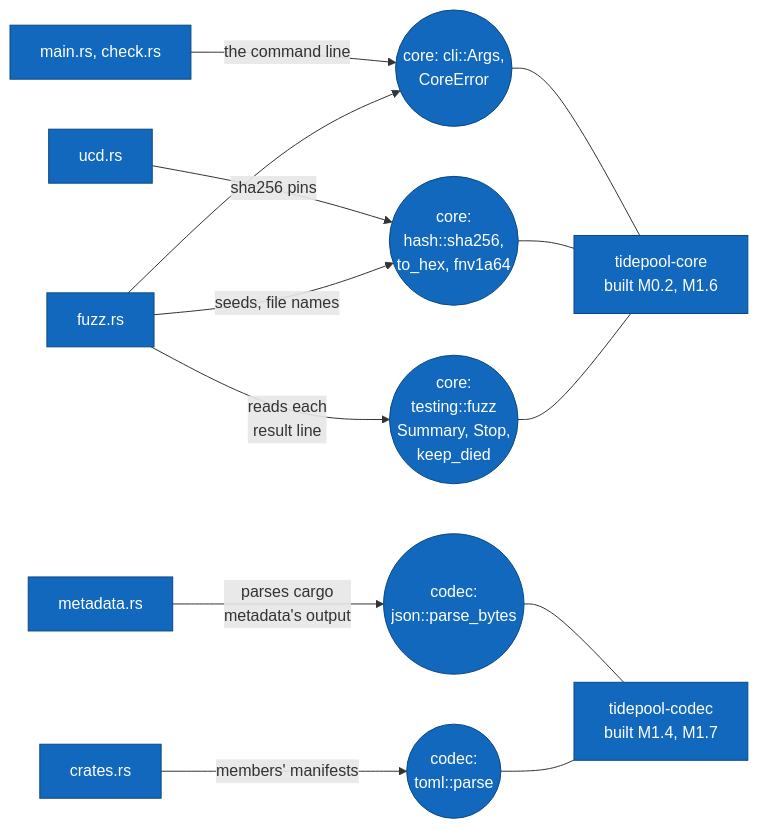
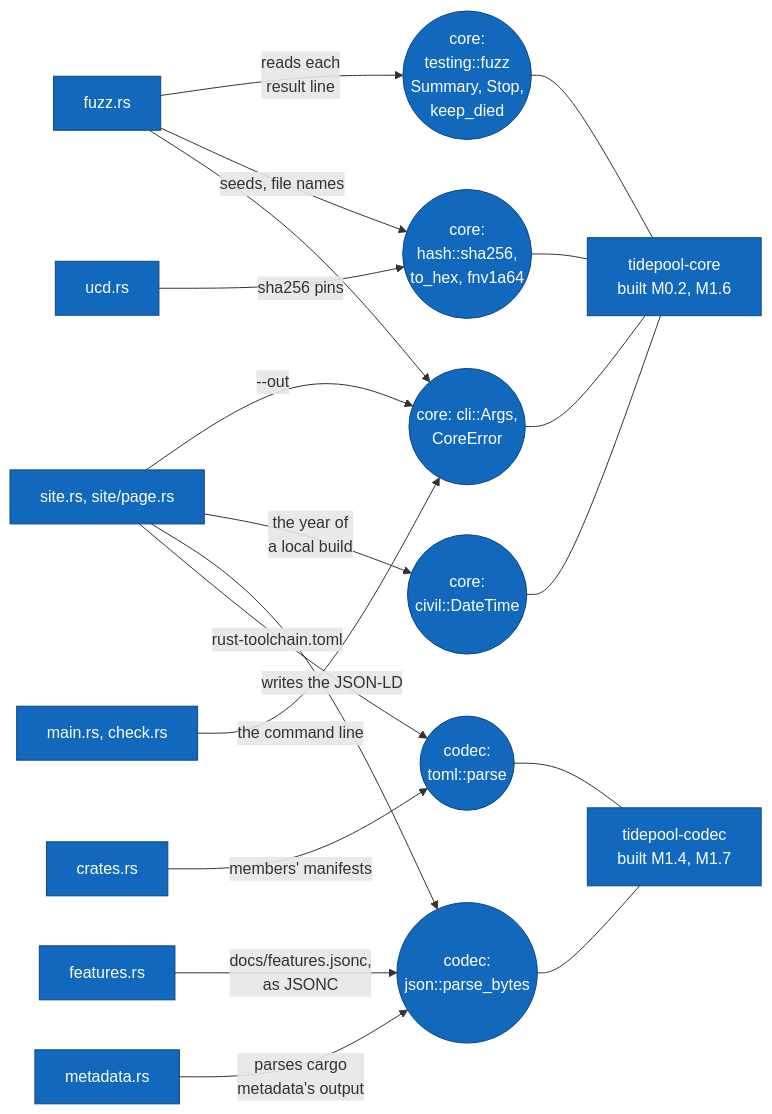
One commit to jabbott-iii/Tidepool changed diagram 19 of 21 in diagrams/component-diagrams.md. Above: the diagram before and after it, drawn with Mermaid. The commit also changed other lines of this file and 38 other files, not shown here.

````diff
--- a/diagrams/component-diagrams.md
+++ b/diagrams/component-diagrams.md
@@ -1025,35 +1038,44 @@
 ```mermaid
 flowchart LR
     c_main["main.rs, check.rs"]
     c_ucd["ucd.rs"]
     c_fuzz["fuzz.rs"]
     c_meta["metadata.rs"]
     c_crates["crates.rs"]
+    c_features["features.rs"]
+    c_site["site.rs, site/page.rs"]
 
     i_cli(("core: cli::Args,<br/>CoreError"))
     i_hash(("core:<br/>hash::sha256,<br/>to_hex, fnv1a64"))
     i_fuzzapi(("core:<br/>testing::fuzz<br/>Summary, Stop,<br/>keep_died"))
     i_json(("codec:<br/>json::parse_bytes"))
     i_toml(("codec:<br/>toml::parse"))
+    i_civil(("core:<br/>civil::DateTime"))
 
     c_core["tidepool-core<br/>built M0.2, M1.6"]
     c_codec["tidepool-codec<br/>built M1.4, M1.7"]
 
     c_main -->|"the command line"| i_cli
     c_fuzz --> i_cli
     c_ucd -->|"sha256 pins"| i_hash
     c_fuzz -->|"seeds, file names"| i_hash
     c_fuzz -->|"reads each<br/>result line"| i_fuzzapi
     c_meta -->|"parses cargo<br/>metadata's output"| i_json
     c_crates -->|"members' manifests"| i_toml
+    c_features -->|"docs/features.jsonc,<br/>as JSONC"| i_json
+    c_site -->|"rust-toolchain.toml"| i_toml
+    c_site -->|"writes the JSON-LD"| i_json
+    c_site -->|"the year of<br/>a local build"| i_civil
+    c_site -->|"--out"| i_cli
 
     i_cli --- c_core
     i_hash --- c_core
     i_fuzzapi --- c_core
     i_json --- c_codec
     i_toml --- c_codec
+    i_civil --- c_core
 
     classDef built fill:#1168bd,stroke:#0b4884,color:#ffffff
-    class c_main,c_ucd,c_fuzz,c_meta,c_crates,c_core,c_codec built
-    class i_cli,i_hash,i_fuzzapi,i_json,i_toml built
+    class c_main,c_ucd,c_fuzz,c_meta,c_crates,c_features,c_site,c_core,c_codec built
+    class i_cli,i_hash,i_fuzzapi,i_json,i_toml,i_civil built
 ```
````
